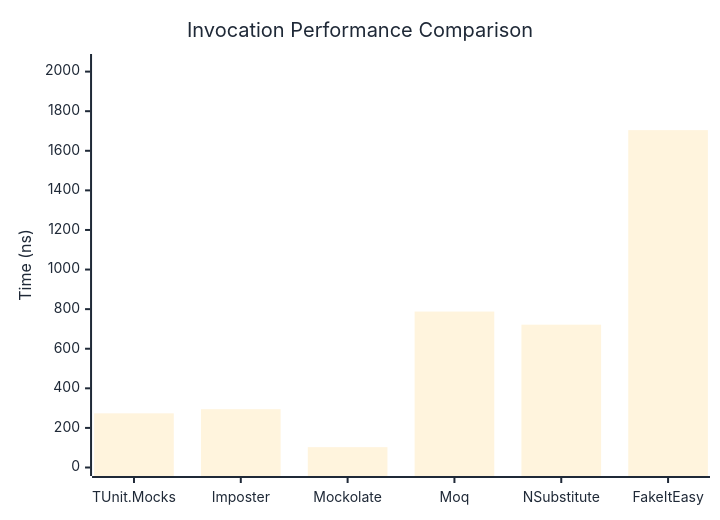
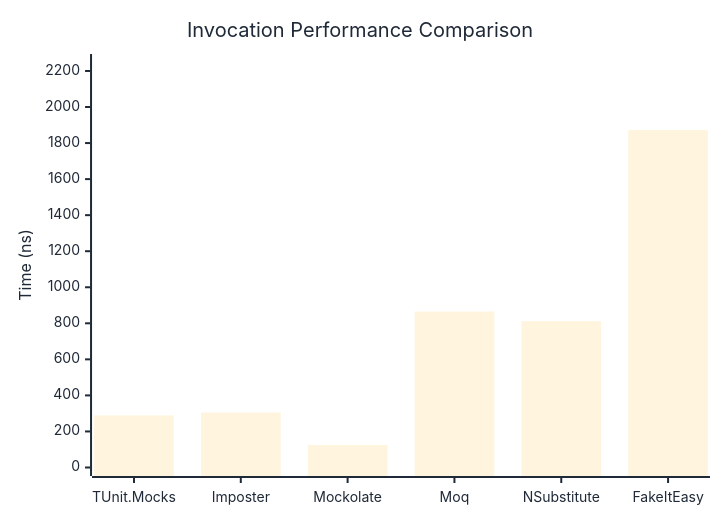
The first of 3 diagrams in docs/docs/benchmarks/mocks/Invocation.md (zion-sati/TUnit-NetWasm), drawn with Mermaid before and after one commit. The commit also changed other lines of this file and 294 other files, not shown here.

````diff
--- a/docs/docs/benchmarks/mocks/Invocation.md
+++ b/docs/docs/benchmarks/mocks/Invocation.md
@@ -30,27 +30,27 @@
 ```mermaid
 %%{init: {
   'theme':'base',
   'themeVariables': {
     'primaryColor': '#2563eb',
     'primaryTextColor': '#1f2937',
     'primaryBorderColor': '#1e40af',
     'lineColor': '#6b7280',
     'secondaryColor': '#7c3aed',
     'tertiaryColor': '#dc2626',
     'background': '#ffffff',
     'pie1': '#2563eb',
     'pie2': '#7c3aed',
     'pie3': '#dc2626',
     'pie4': '#f59e0b',
     'pie5': '#10b981',
     'pie6': '#06b6d4',
     'pie7': '#ec4899',
     'pie8': '#6366f1'
   }
 }}%%
 xychart-beta
   title "Invocation Performance Comparison"
   x-axis ["TUnit.Mocks", "Imposter", "Mockolate", "Moq", "NSubstitute", "FakeItEasy"]
-  y-axis "Time (ns)" 0 --> 2046
-  bar [273.66, 294.56, 102.81, 787.82, 721.47, 1704.29]
+  y-axis "Time (ns)" 0 --> 2247
+  bar [288.8, 304.9, 124.8, 865.1, 812.1, 1872.3]
 ```
````
